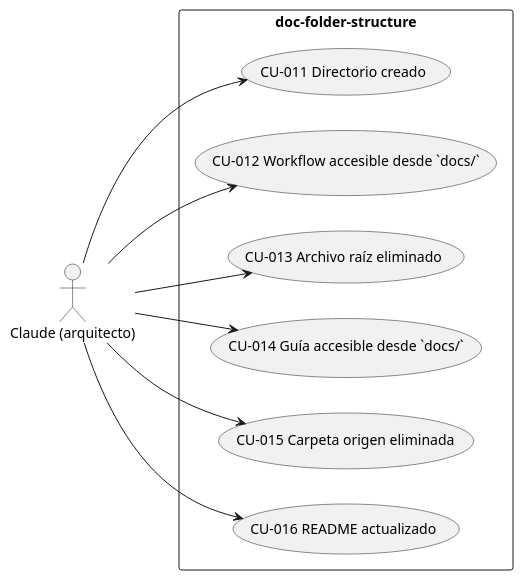
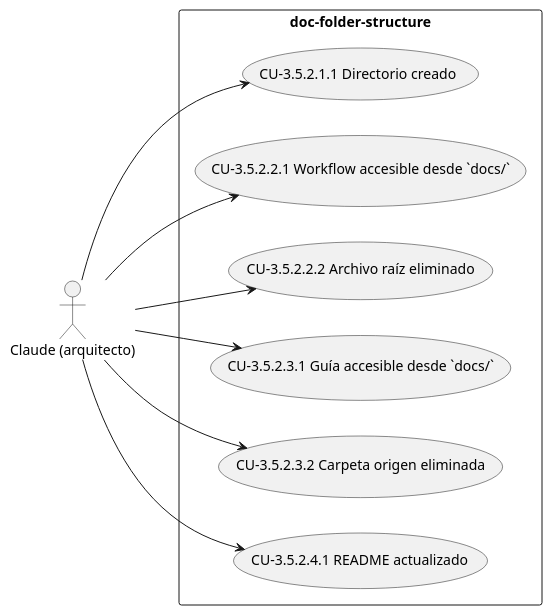
Before and after one commit to Lautaro-Montecchiani/sdd-global-config: the second of 10 diagrams in docs/srs.md, drawn with PlantUML. The commit also changed other lines of this file and 1 other file, not shown here.

````diff
--- a/docs/srs.md
+++ b/docs/srs.md
@@ -293,20 +295,20 @@
 ```plantuml
 @startuml
 left to right direction
 actor "Claude (arquitecto)" as A1
 rectangle "doc-folder-structure" {
-  usecase "CU-011 Directorio creado" as CU011
-  usecase "CU-012 Workflow accesible desde `docs/`" as CU012
-  usecase "CU-013 Archivo raíz eliminado" as CU013
-  usecase "CU-014 Guía accesible desde `docs/`" as CU014
-  usecase "CU-015 Carpeta origen eliminada" as CU015
-  usecase "CU-016 README actualizado" as CU016
+  usecase "CU-3.5.2.1.1 Directorio creado" as UC_3_5_2_1_1
+  usecase "CU-3.5.2.2.1 Workflow accesible desde `docs/`" as UC_3_5_2_2_1
+  usecase "CU-3.5.2.2.2 Archivo raíz eliminado" as UC_3_5_2_2_2
+  usecase "CU-3.5.2.3.1 Guía accesible desde `docs/`" as UC_3_5_2_3_1
+  usecase "CU-3.5.2.3.2 Carpeta origen eliminada" as UC_3_5_2_3_2
+  usecase "CU-3.5.2.4.1 README actualizado" as UC_3_5_2_4_1
 }
-A1 --> CU011
-A1 --> CU012
-A1 --> CU013
-A1 --> CU014
-A1 --> CU015
-A1 --> CU016
+A1 --> UC_3_5_2_1_1
+A1 --> UC_3_5_2_2_1
+A1 --> UC_3_5_2_2_2
+A1 --> UC_3_5_2_3_1
+A1 --> UC_3_5_2_3_2
+A1 --> UC_3_5_2_4_1
 @enduml
 ```
````
